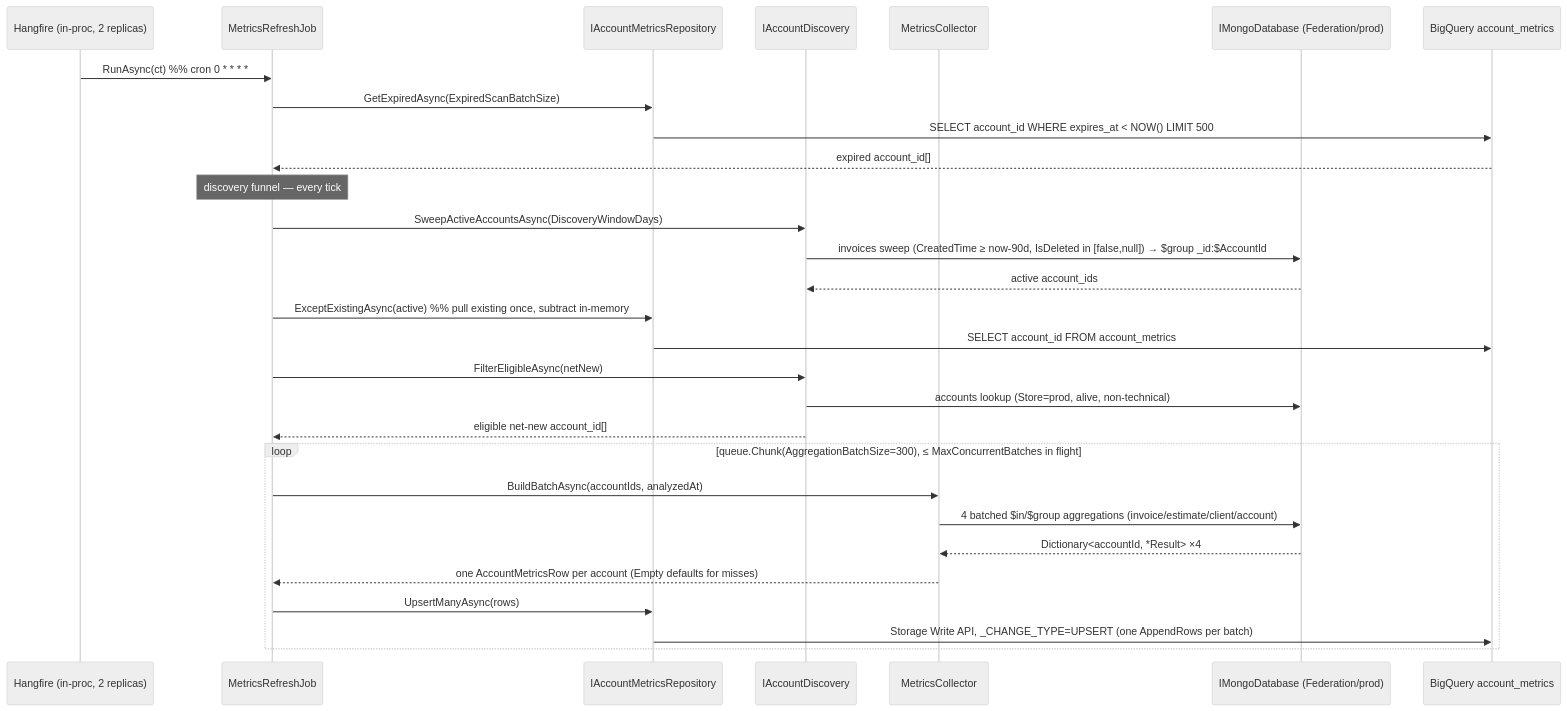
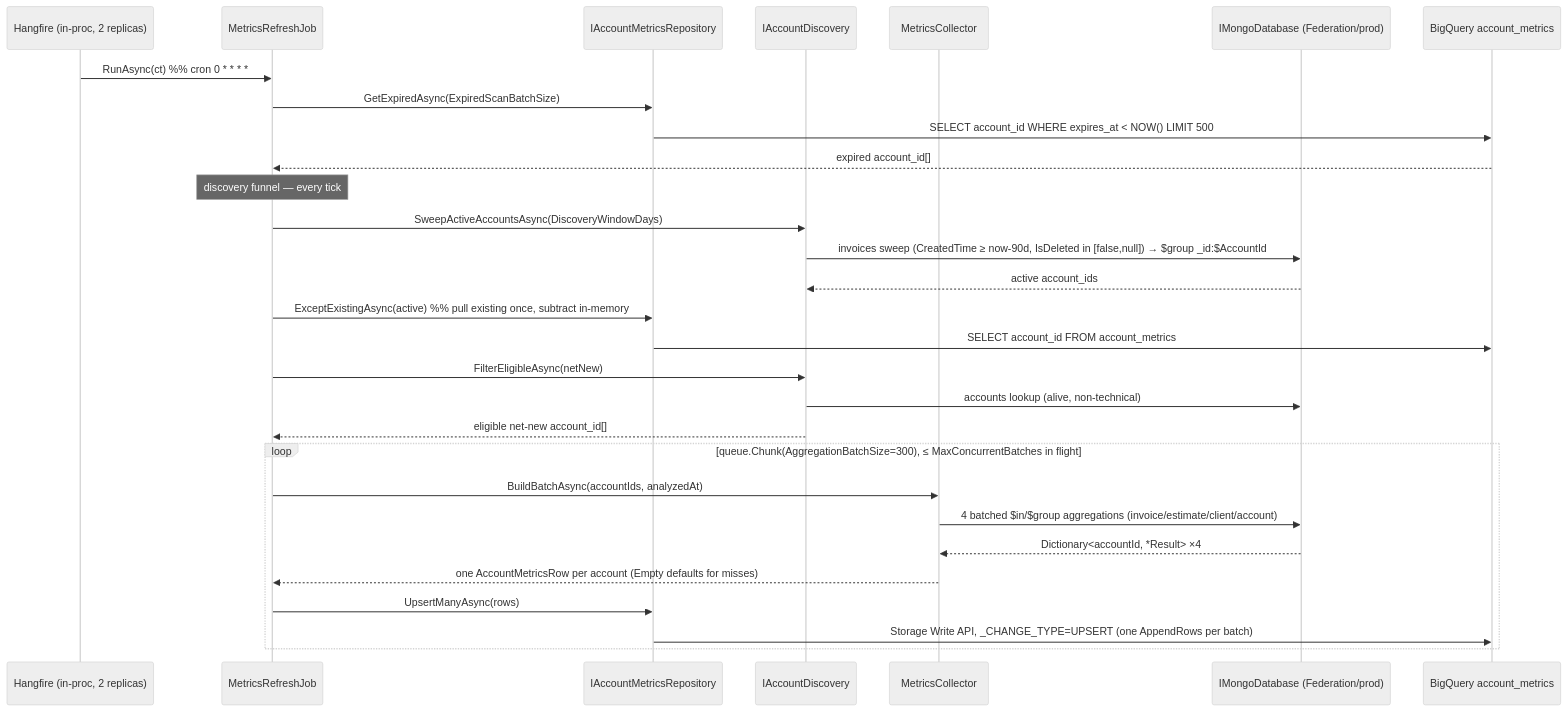
Before and after one commit to sergei-tofu-fedorov/Local.Docs: the diagram in features/WEB-1527/overview.md, drawn with Mermaid (neutral theme). The commit also changed other lines of this file and 152 other files, not shown here.

````diff
--- a/features/WEB-1527/overview.md
+++ b/features/WEB-1527/overview.md
@@ -47,34 +47,34 @@
 ```mermaid
 sequenceDiagram
     participant HF as Hangfire (in-proc, 2 replicas)
     participant Job as MetricsRefreshJob
     participant Repo as IAccountMetricsRepository
     participant Disc as IAccountDiscovery
     participant Col as MetricsCollector
     participant Mongo as IMongoDatabase (Federation/prod)
     participant BQ as BigQuery account_metrics
 
     HF->>Job: RunAsync(ct)  %% cron 0 * * * *
     Job->>Repo: GetExpiredAsync(ExpiredScanBatchSize)
     Repo->>BQ: SELECT account_id WHERE expires_at < NOW() LIMIT 500
     BQ-->>Job: expired account_id[]
 
     Note over Job: discovery funnel — every tick
     Job->>Disc: SweepActiveAccountsAsync(DiscoveryWindowDays)
     Disc->>Mongo: invoices sweep (CreatedTime ≥ now-90d, IsDeleted in [false,null]) → $group _id:$AccountId
     Mongo-->>Disc: active account_ids
     Job->>Repo: ExceptExistingAsync(active)  %% pull existing once, subtract in-memory
     Repo->>BQ: SELECT account_id FROM account_metrics
     Job->>Disc: FilterEligibleAsync(netNew)
-    Disc->>Mongo: accounts lookup (Store=prod, alive, non-technical)
+    Disc->>Mongo: accounts lookup (alive, non-technical)
     Disc-->>Job: eligible net-new account_id[]
 
     loop queue.Chunk(AggregationBatchSize=300), ≤ MaxConcurrentBatches in flight
         Job->>Col: BuildBatchAsync(accountIds, analyzedAt)
         Col->>Mongo: 4 batched $in/$group aggregations (invoice/estimate/client/account)
         Mongo-->>Col: Dictionary<accountId, *Result> ×4
         Col-->>Job: one AccountMetricsRow per account (Empty defaults for misses)
         Job->>Repo: UpsertManyAsync(rows)
         Repo->>BQ: Storage Write API, _CHANGE_TYPE=UPSERT (one AppendRows per batch)
     end
 ```
````
